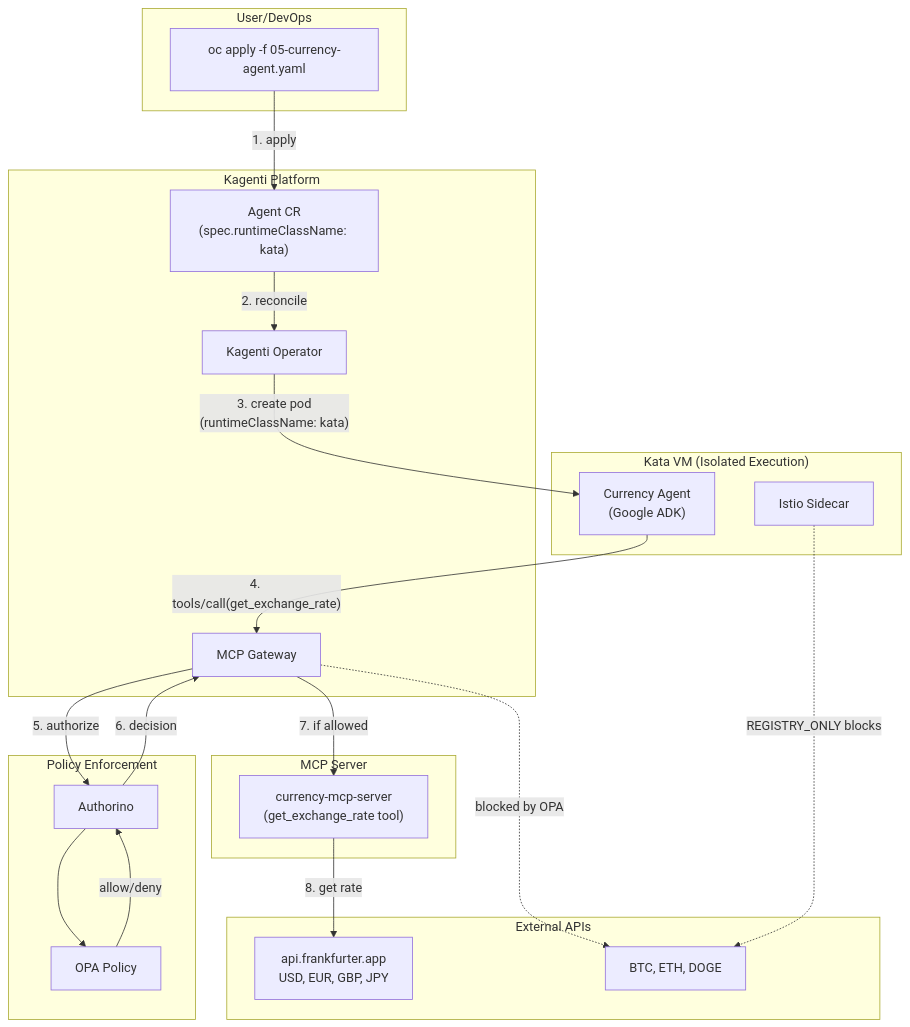
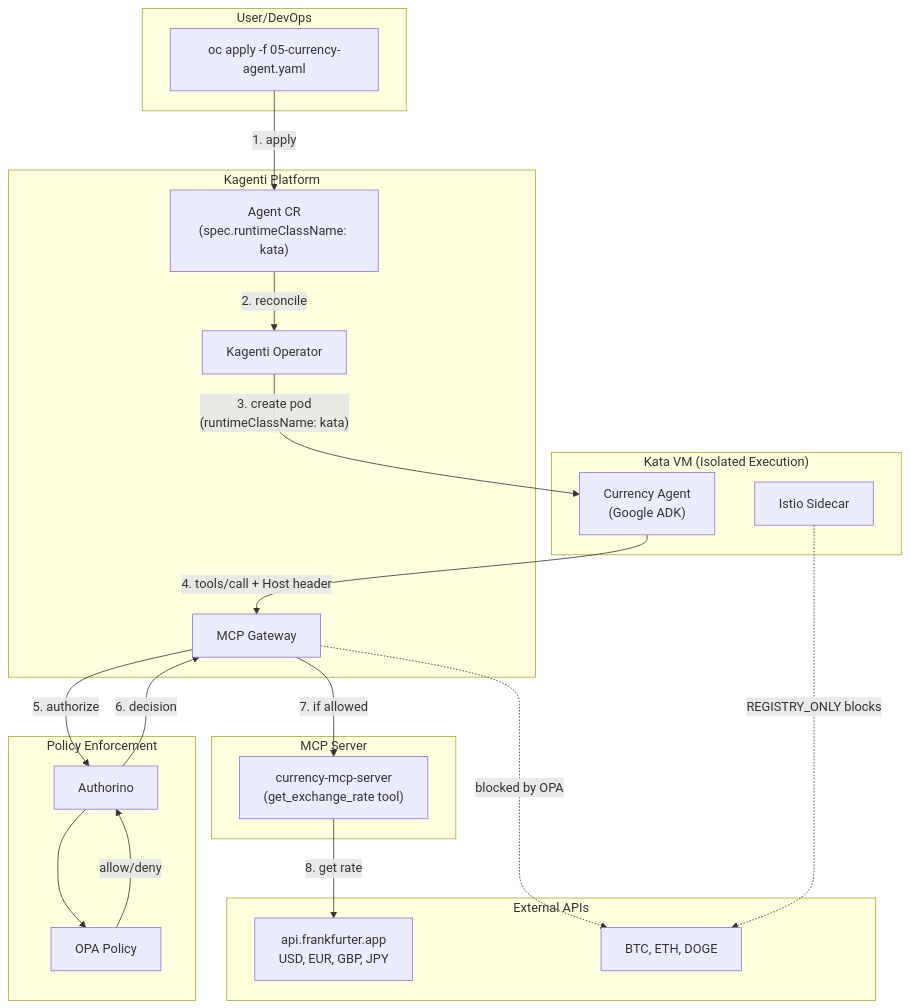
The first of 3 diagrams in docs/architecture.md (rrbanda/agent-sandbox-ocp), drawn with Mermaid before and after one commit. The commit also changed other lines of this file and 31 other files, not shown here.

````diff
--- a/docs/architecture.md
+++ b/docs/architecture.md
@@ -19,49 +19,49 @@
 ```mermaid
 flowchart TB
     subgraph User["User/DevOps"]
         Apply["oc apply -f 05-currency-agent.yaml"]
     end
 
     subgraph Kagenti["Kagenti Platform"]
         AgentCRD["Agent CR<br/>(spec.runtimeClassName: kata)"]
         Operator["Kagenti Operator"]
         MCPGateway["MCP Gateway"]
     end
 
     subgraph KataVM["Kata VM (Isolated Execution)"]
         AgentPod["Currency Agent<br/>(Google ADK)"]
         IstioSidecar["Istio Sidecar"]
     end
 
     subgraph MCPServer["MCP Server"]
         CurrencyMCP["currency-mcp-server<br/>(get_exchange_rate tool)"]
     end
 
     subgraph Policy["Policy Enforcement"]
         Authorino["Authorino"]
         OPA["OPA Policy"]
     end
 
     subgraph External["External APIs"]
         Approved[" api.frankfurter.app<br/> USD, EUR, GBP, JPY"]
         Blocked[" BTC, ETH, DOGE"]
     end
 
     %% Deployment flow
     Apply -->|"1. apply"| AgentCRD
     AgentCRD -->|"2. reconcile"| Operator
     Operator -->|"3. create pod<br/>(runtimeClassName: kata)"| AgentPod
 
-    %% Tool call flow
-    AgentPod -->|"4. tools/call(get_exchange_rate)"| MCPGateway
+    %% Tool call flow (Host header enables routing + policy)
+    AgentPod -->|"4. tools/call + Host header"| MCPGateway
     MCPGateway -->|"5. authorize"| Authorino
     Authorino --> OPA
     OPA -->|"allow/deny"| Authorino
     Authorino -->|"6. decision"| MCPGateway
     MCPGateway -->|"7. if allowed"| CurrencyMCP
     CurrencyMCP -->|"8. get rate"| Approved
 
     %% Blocked paths
     MCPGateway -.->|"blocked by OPA"| Blocked
     IstioSidecar -.->|"REGISTRY_ONLY blocks"| Blocked
 ```
````
